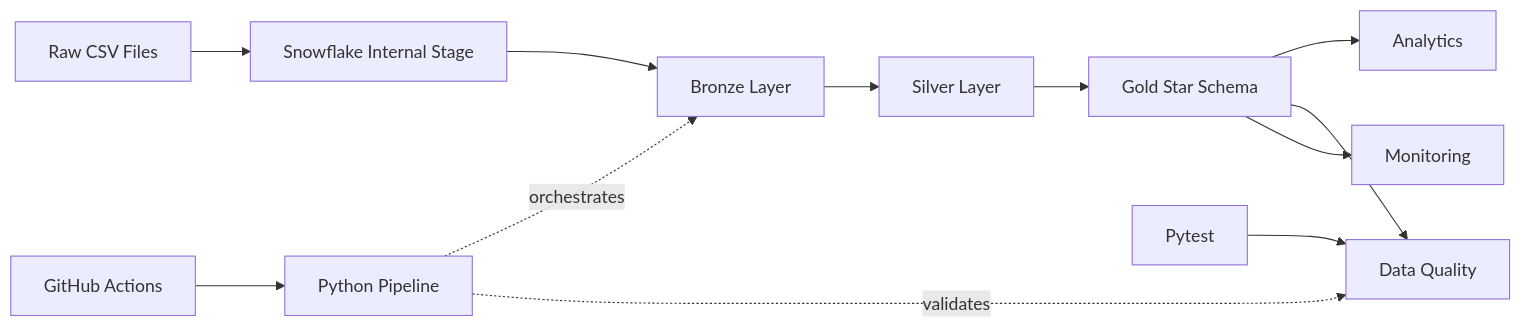
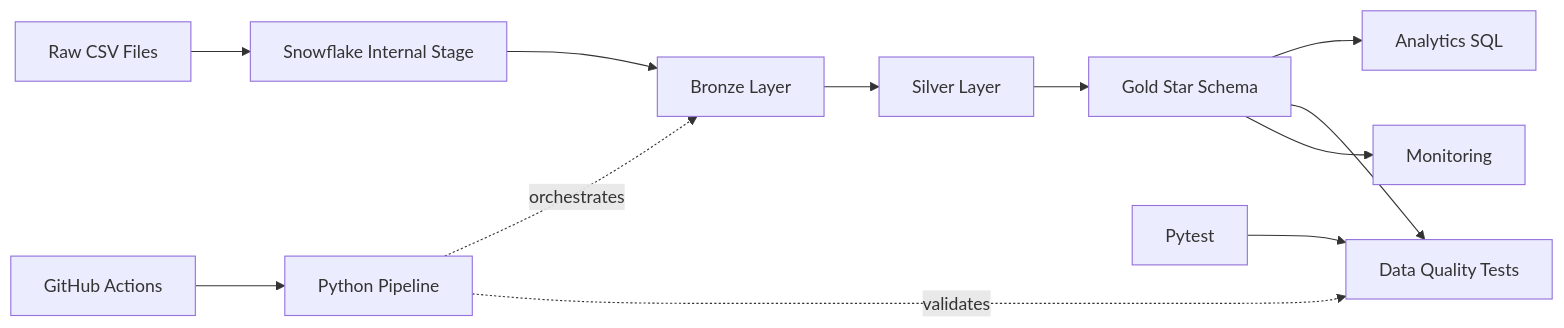
Before and after one commit to ttaha07/retail-analytics-platform: the diagram in README.md, drawn with Mermaid. The commit also changed other lines of this file and 1 other file, not shown here.

````diff
--- a/README.md
+++ b/README.md
@@ -44,15 +58,14 @@
 ```mermaid
 flowchart LR
     A["Raw CSV Files"] --> B["Snowflake Internal Stage"]
     B --> C["Bronze Layer"]
     C --> D["Silver Layer"]
     D --> E["Gold Star Schema"]
-    E --> F["Analytics"]
-    E --> G["Data Quality"]
+    E --> F["Analytics SQL"]
+    E --> G["Data Quality Tests"]
     E --> H["Monitoring"]
-
     I["GitHub Actions"] --> J["Python Pipeline"]
     J -. orchestrates .-> C
     J -. validates .-> G
     K["Pytest"] --> G
 ```
````
